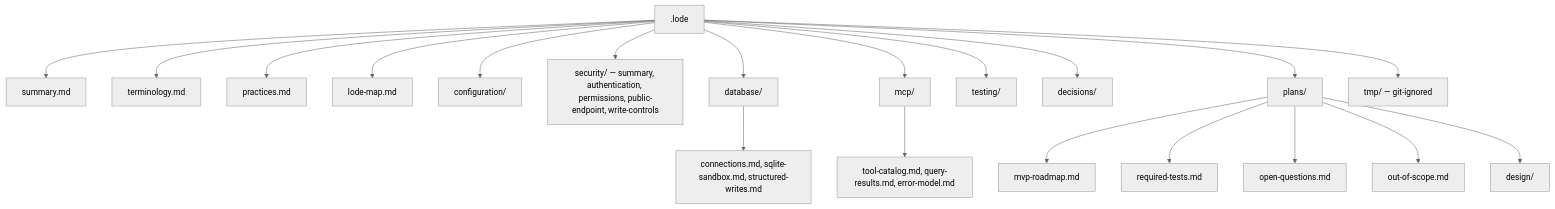
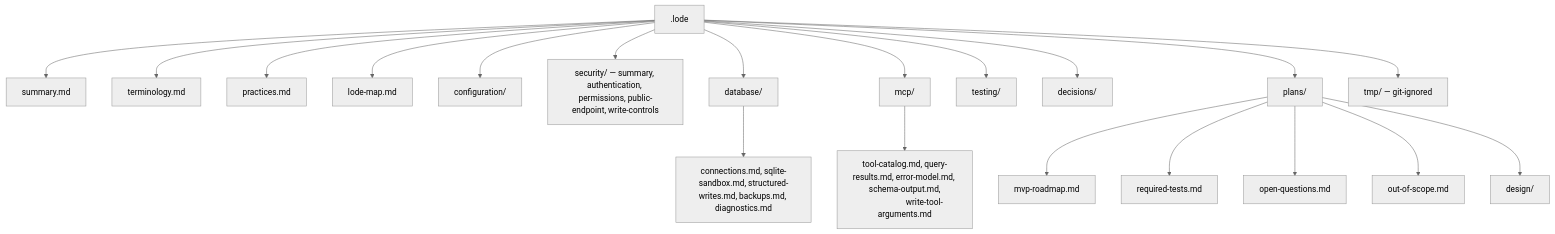
The diagram in .lode/lode-map.md (xakpc/sqlite-mcp-sidecar), drawn with Mermaid (neutral theme) before and after one commit. The commit also changed other lines of this file and 31 other files, not shown here.

````diff
--- a/.lode/lode-map.md
+++ b/.lode/lode-map.md
@@ -8,22 +8,23 @@
 ```mermaid
 flowchart TD
     root[.lode] --> s[summary.md]
     root --> t[terminology.md]
     root --> p[practices.md]
     root --> m[lode-map.md]
     root --> cfg[configuration/]
     root --> sec[security/ — summary, authentication, permissions, public-endpoint, write-controls]
     root --> dbd[database/]
     root --> mcpd[mcp/]
     root --> tst[testing/]
     root --> dec[decisions/]
     root --> plans[plans/]
     root --> tmp[tmp/ — git-ignored]
-    dbd --> dbs[connections.md, sqlite-sandbox.md, structured-writes.md]
-    mcpd --> mcps[tool-catalog.md, query-results.md, error-model.md]
+    dbd --> dbs[connections.md, sqlite-sandbox.md, structured-writes.md, backups.md, diagnostics.md]
+    mcpd --> mcps[tool-catalog.md, query-results.md, error-model.md, schema-output.md,
+                   write-tool-arguments.md]
     plans --> rm[mvp-roadmap.md]
     plans --> rt[required-tests.md]
     plans --> oq[open-questions.md]
     plans --> oos[out-of-scope.md]
     plans --> d[design/]
 ```
````
